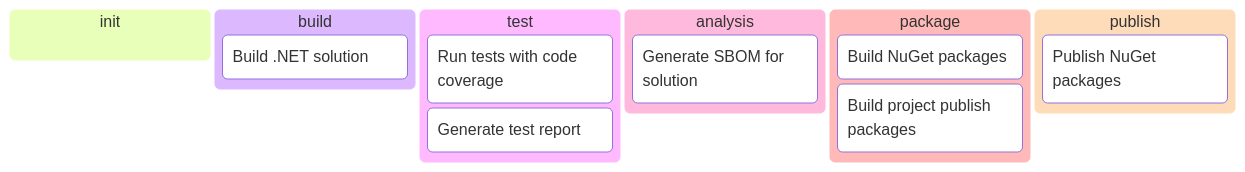
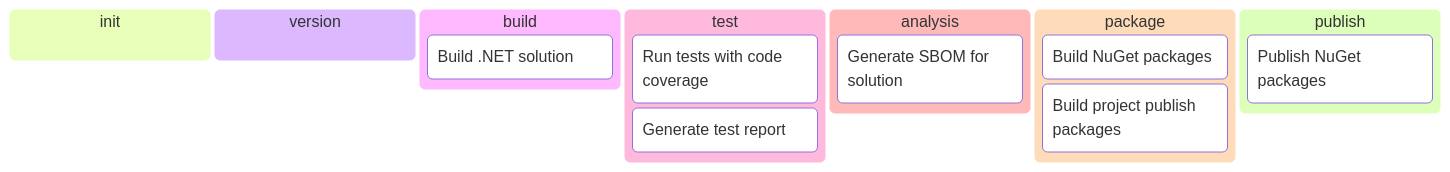
The diagram in README.md (zerofailed/ZeroFailed.Build.DotNet), drawn with Mermaid before and after one commit.

Commit message:
Add missing build process stage

````diff
--- a/README.md
+++ b/README.md
@@ -30,16 +30,17 @@
 ```mermaid
 kanban
     init
+    version
     build
         dnbuild[Build .NET solution]
     test
         dntest[Run tests with code coverage]
         dnrepgen[Generate test report]
     analysis
         runcovenant[Generate SBOM for solution]
     package
         dnpack[Build NuGet packages]
         dnpublish[Build project publish packages]
     publish
         dnpub[Publish NuGet packages]
 ```
````
